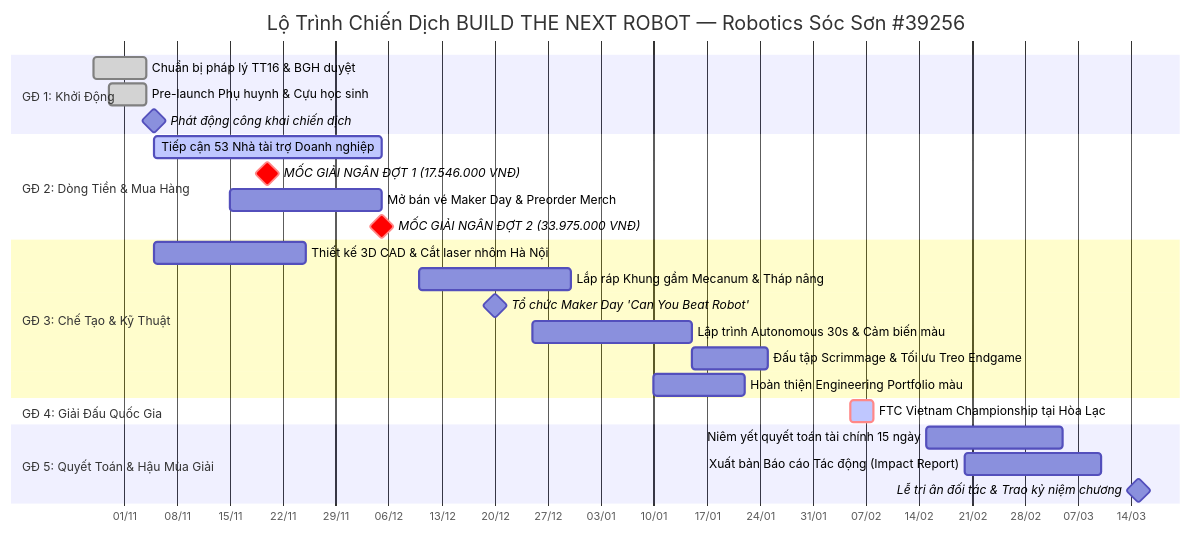
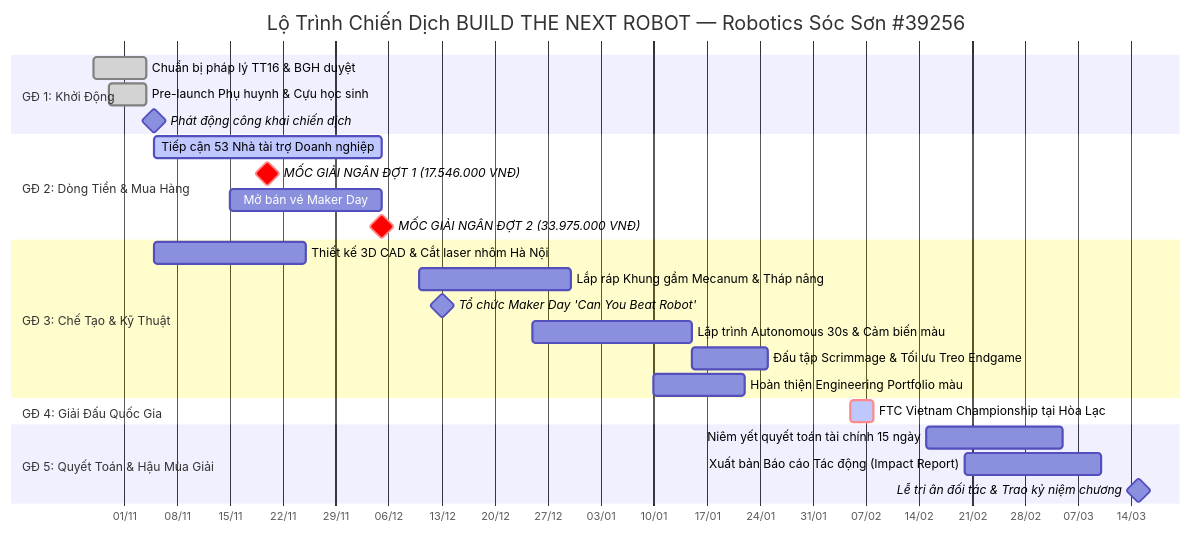
One commit to Minhmice/roboticssocson changed the first of 5 diagrams in docs/campaign-2026-2027/13-lo-trinh-phan-cong-kpi-rui-ro.md. Above: the diagram before and after it, drawn with Mermaid. The commit also changed other lines of this file and 304 other files, not shown here.

````diff
--- a/docs/campaign-2026-2027/13-lo-trinh-phan-cong-kpi-rui-ro.md
+++ b/docs/campaign-2026-2027/13-lo-trinh-phan-cong-kpi-rui-ro.md
@@ -12,28 +12,28 @@
 ```mermaid
 gantt
     title Lộ Trình Chiến Dịch BUILD THE NEXT ROBOT — Robotics Sóc Sơn #39256
     dateFormat  YYYY-MM-DD
     axisFormat  %d/%m
     section GĐ 1: Khởi Động
     Chuẩn bị pháp lý TT16 & BGH duyệt        :done, p1, 2026-10-28, 2026-11-04
     Pre-launch Phụ huynh & Cựu học sinh      :done, p2, 2026-10-30, 2026-11-04
     Phát động công khai chiến dịch           :milestone, m_launch, 2026-11-05, 0d
     section GĐ 2: Dòng Tiền & Mua Hàng
     Tiếp cận 53 Nhà tài trợ Doanh nghiệp     :active, p3, 2026-11-05, 2026-12-05
     MỐC GIẢI NGÂN ĐỢT 1 (17.546.000 VNĐ)     :crit, milestone, m_ord1, 2026-11-20, 0d
-    Mở bán vé Maker Day & Preorder Merch     :p4, 2026-11-15, 2026-12-05
+    Mở bán vé Maker Day                     :p4, 2026-11-15, 2026-12-05
     MỐC GIẢI NGÂN ĐỢT 2 (33.975.000 VNĐ)     :crit, milestone, m_ord2, 2026-12-05, 0d
     section GĐ 3: Chế Tạo & Kỹ Thuật
     Thiết kế 3D CAD & Cắt laser nhôm Hà Nội :p5, 2026-11-05, 2026-11-25
     Lắp ráp Khung gầm Mecanum & Tháp nâng   :p6, 2026-12-10, 2026-12-30
-    Tổ chức Maker Day 'Can You Beat Robot'   :milestone, m_maker, 2026-12-20, 0d
+    Tổ chức Maker Day 'Can You Beat Robot'   :milestone, m_maker, 2026-12-13, 0d
     Lập trình Autonomous 30s & Cảm biến màu :p7, 2026-12-25, 2027-01-15
     Đấu tập Scrimmage & Tối ưu Treo Endgame  :p8, 2027-01-15, 2027-01-25
     Hoàn thiện Engineering Portfolio màu     :p9, 2027-01-10, 2027-01-22
     section GĐ 4: Giải Đấu Quốc Gia
     FTC Vietnam Championship tại Hòa Lạc    :crit, active, vncmp, 2027-02-05, 3d
     section GĐ 5: Quyết Toán & Hậu Mùa Giải
     Niêm yết quyết toán tài chính 15 ngày    :p10, 2027-02-15, 2027-03-05
     Xuất bản Báo cáo Tác động (Impact Report):p11, 2027-02-20, 2027-03-10
     Lễ tri ân đối tác & Trao kỷ niệm chương  :milestone, m_gala, 2027-03-15, 0d
 ```
````
